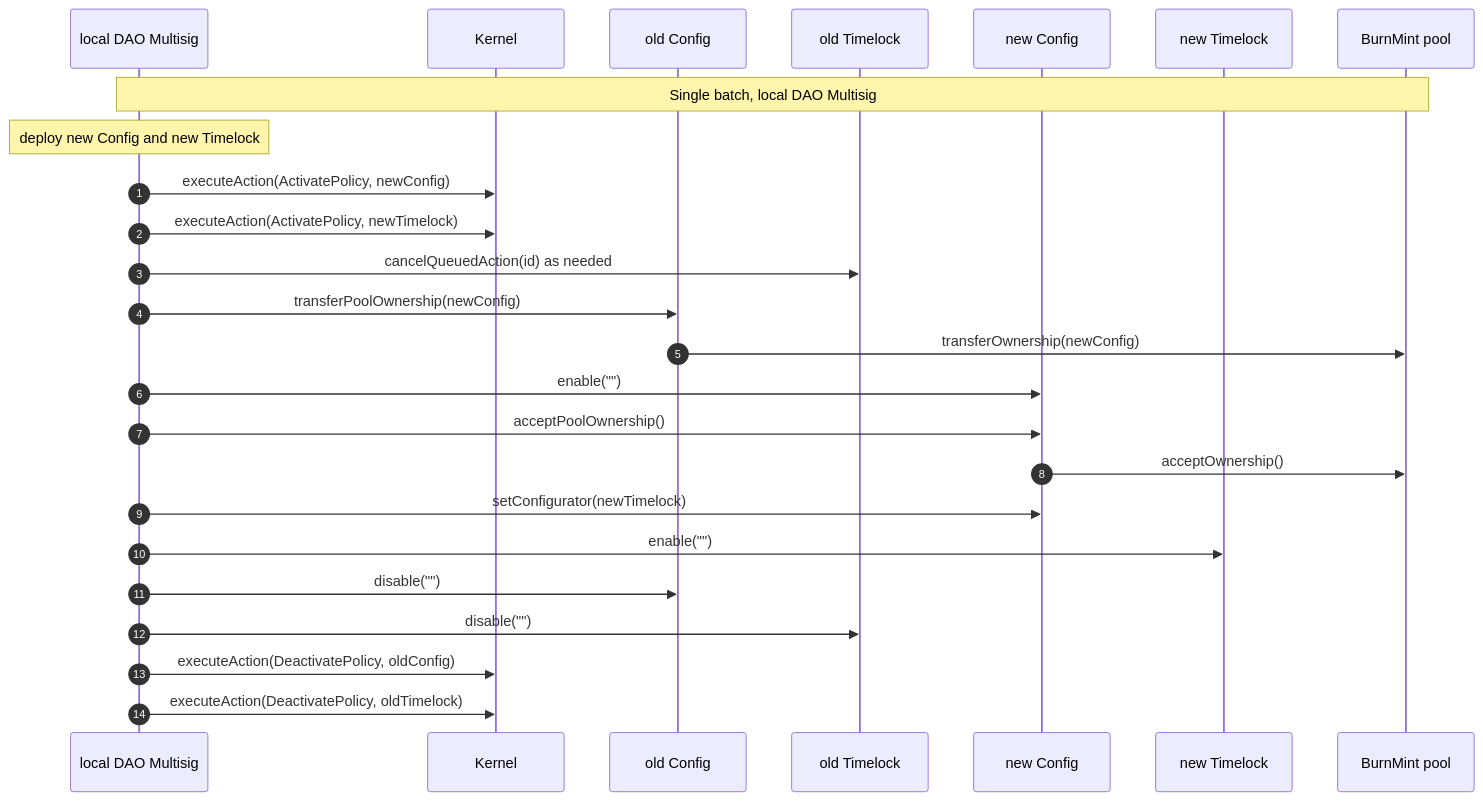
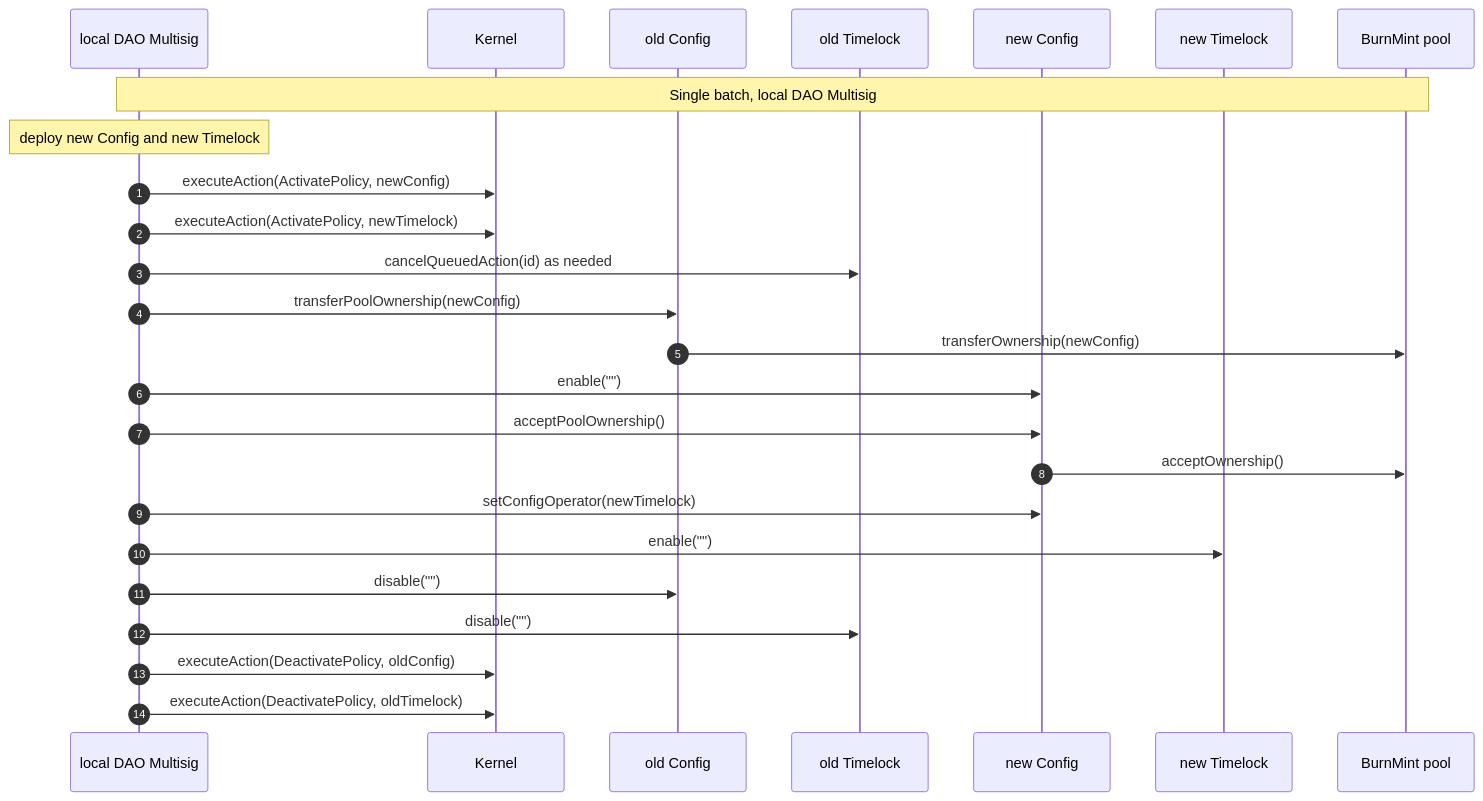
Before and after one commit to OlympusDAO/olympus-v3: the fifth of 7 diagrams in documentation/bridge/ccip/MIGRATION.md, drawn with Mermaid. The commit also changed other lines of this file, not shown here.

````diff
--- a/documentation/bridge/ccip/MIGRATION.md
+++ b/documentation/bridge/ccip/MIGRATION.md
@@ -62,28 +154,28 @@
 ```mermaid
 sequenceDiagram
     autonumber
     participant DAO as local DAO Multisig
     participant K as Kernel
     participant OC as old Config
     participant OT as old Timelock
     participant NC as new Config
     participant NT as new Timelock
     participant P as BurnMint pool
 
     Note over DAO,P: Single batch, local DAO Multisig
     Note over DAO: deploy new Config and new Timelock
     DAO->>K: executeAction(ActivatePolicy, newConfig)
     DAO->>K: executeAction(ActivatePolicy, newTimelock)
     DAO->>OT: cancelQueuedAction(id) as needed
     DAO->>OC: transferPoolOwnership(newConfig)
     OC->>P: transferOwnership(newConfig)
     DAO->>NC: enable("")
     DAO->>NC: acceptPoolOwnership()
     NC->>P: acceptOwnership()
-    DAO->>NC: setConfigurator(newTimelock)
+    DAO->>NC: setConfigOperator(newTimelock)
     DAO->>NT: enable("")
     DAO->>OC: disable("")
     DAO->>OT: disable("")
     DAO->>K: executeAction(DeactivatePolicy, oldConfig)
     DAO->>K: executeAction(DeactivatePolicy, oldTimelock)
 ```
````
